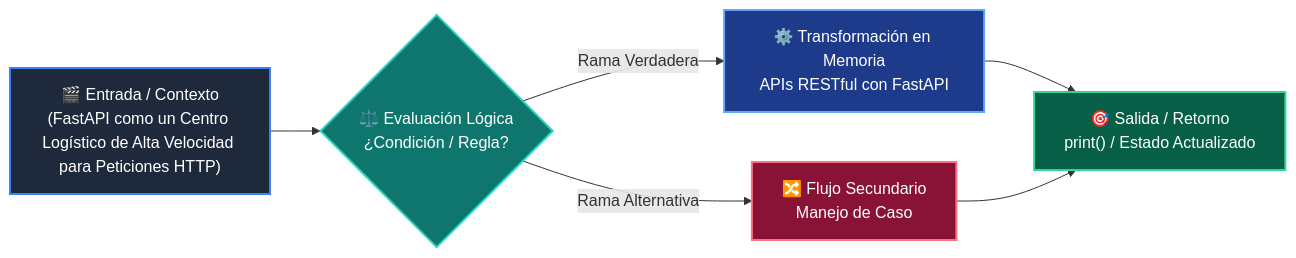
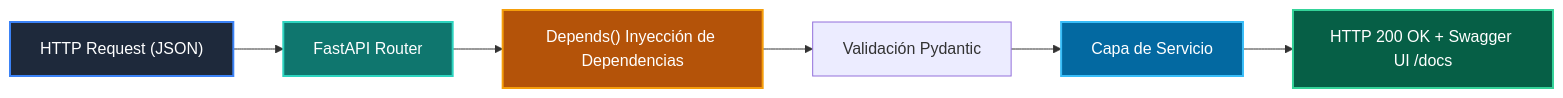
Before and after one commit to wisrovi/wisrovi-python: the diagram in 04-proyecto-final/clase-02-backend-fastapi/README.md, drawn with Mermaid. The commit also changed other lines of this file and 271 other files, not shown here.

Commit message:
docs: rewrite all README.md files with bespoke topic-specific Mermaid diagrams and remove repetitive boilerplate

````diff
--- a/04-proyecto-final/clase-02-backend-fastapi/README.md
+++ b/04-proyecto-final/clase-02-backend-fastapi/README.md
@@ -35,14 +12,14 @@
 ```mermaid
 flowchart LR
-    A["🎬 Entrada / Contexto<br/>(FastAPI como un Centro Logístico de Alta Velocidad para Peticiones HTTP)"] --> B{"⚖️ Evaluación Lógica<br/>¿Condición / Regla?"}
-    B -->|Rama Verdadera| C["⚙️ Transformación en Memoria<br/>APIs RESTful con FastAPI"]
-    B -->|Rama Alternativa| D["🔀 Flujo Secundario<br/>Manejo de Caso"]
-    C --> E["🎯 Salida / Retorno<br/>print() / Estado Actualizado"]
-    D --> E
+    REQ["HTTP Request (JSON)"] --> ROUTE["FastAPI Router"]
+    ROUTE --> DEP["Depends() Inyección de Dependencias"]
+    DEP --> VAL["Validación Pydantic"]
+    VAL --> SERV["Capa de Servicio"]
+    SERV --> RES["HTTP 200 OK + Swagger UI /docs"]
 
-    style A fill:#1e293b,color:#ffffff,stroke:#3b82f6,stroke-width:2px
-    style B fill:#0f766e,color:#ffffff,stroke:#2dd4bf,stroke-width:2px
-    style C fill:#1e3a8a,color:#ffffff,stroke:#60a5fa,stroke-width:2px
-    style D fill:#881337,color:#ffffff,stroke:#fb7185,stroke-width:2px
-    style E fill:#065f46,color:#ffffff,stroke:#34d399,stroke-width:2px
+    style REQ fill:#1e293b,color:#fff,stroke:#3b82f6,stroke-width:2px
+    style ROUTE fill:#0f766e,color:#fff,stroke:#2dd4bf,stroke-width:2px
+    style DEP fill:#b45309,color:#fff,stroke:#f59e0b,stroke-width:2px
+    style SERV fill:#0369a1,color:#fff,stroke:#38bdf8,stroke-width:2px
+    style RES fill:#065f46,color:#fff,stroke:#34d399,stroke-width:2px
 ```
````
